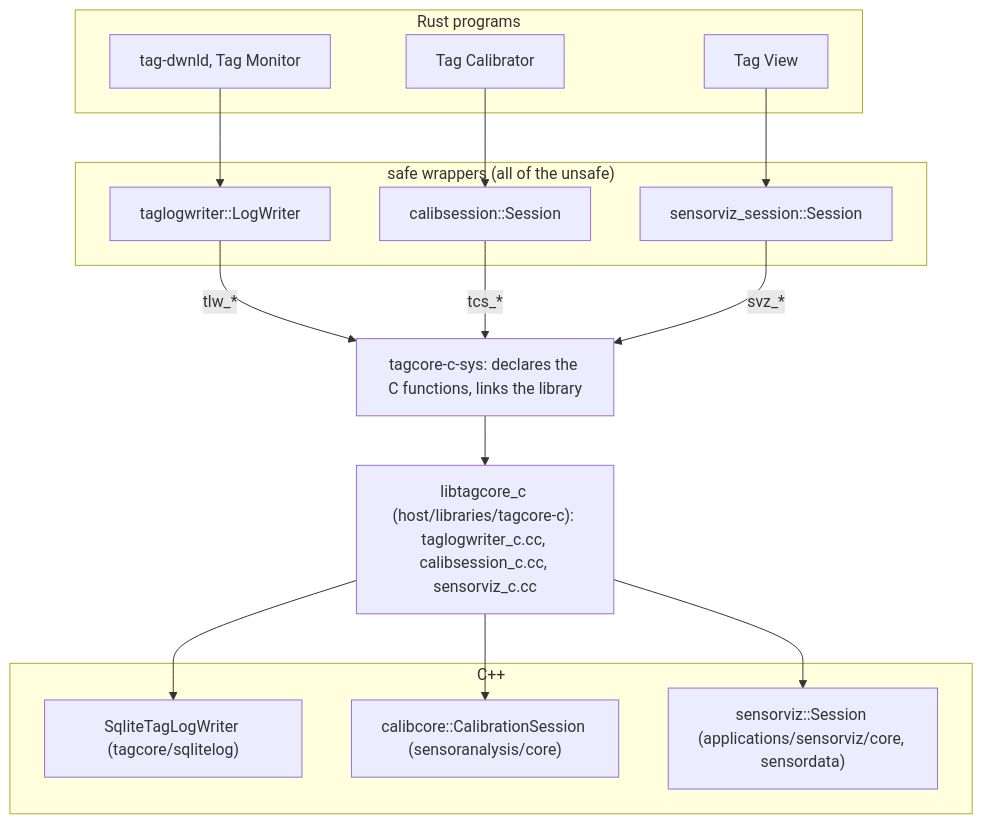
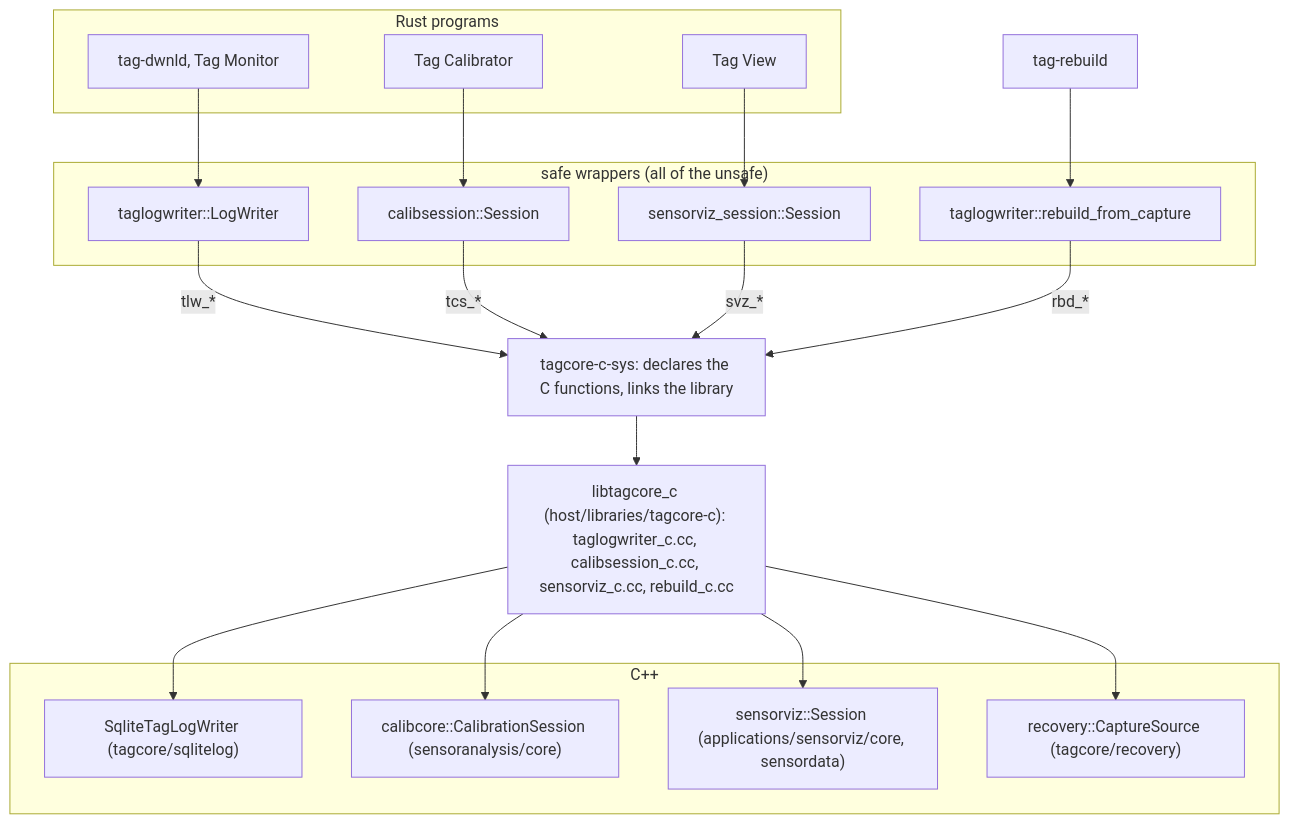
The diagram in host/design/guide/08-cpp-bridge.md (tag-designs/software), drawn with Mermaid before and after one commit. The commit also changed other lines of this file and 67 other files, not shown here.

````diff
--- a/host/design/guide/08-cpp-bridge.md
+++ b/host/design/guide/08-cpp-bridge.md
@@ -19,27 +19,31 @@
 ```mermaid
 flowchart TB
   subgraph programs["Rust programs"]
     dw["tag-dwnld, Tag Monitor"]
     tc["Tag Calibrator"]
     tv["Tag View"]
   end
   subgraph wrappers["safe wrappers (all of the unsafe)"]
     tlw["taglogwriter::LogWriter"]
     tcs["calibsession::Session"]
     svz["sensorviz_session::Session"]
+    rbd["taglogwriter::rebuild_from_capture"]
   end
   sys["tagcore-c-sys: declares the C functions, links the library"]
-  lib["libtagcore_c (host/libraries/tagcore-c): taglogwriter_c.cc, calibsession_c.cc, sensorviz_c.cc"]
+  lib["libtagcore_c (host/libraries/tagcore-c): taglogwriter_c.cc, calibsession_c.cc, sensorviz_c.cc, rebuild_c.cc"]
   subgraph cpp["C++"]
     w["SqliteTagLogWriter (tagcore/sqlitelog)"]
     s["calibcore::CalibrationSession (sensoranalysis/core)"]
     v["sensorviz::Session (applications/sensorviz/core, sensordata)"]
+    r["recovery::CaptureSource (tagcore/recovery)"]
   end
   dw --> tlw -- "tlw_*" --> sys
   tc --> tcs -- "tcs_*" --> sys
   tv --> svz -- "svz_*" --> sys
+  rb["tag-rebuild"] --> rbd -- "rbd_*" --> sys
   sys --> lib
   lib --> w
   lib --> s
   lib --> v
+  lib --> r
 ```
````
